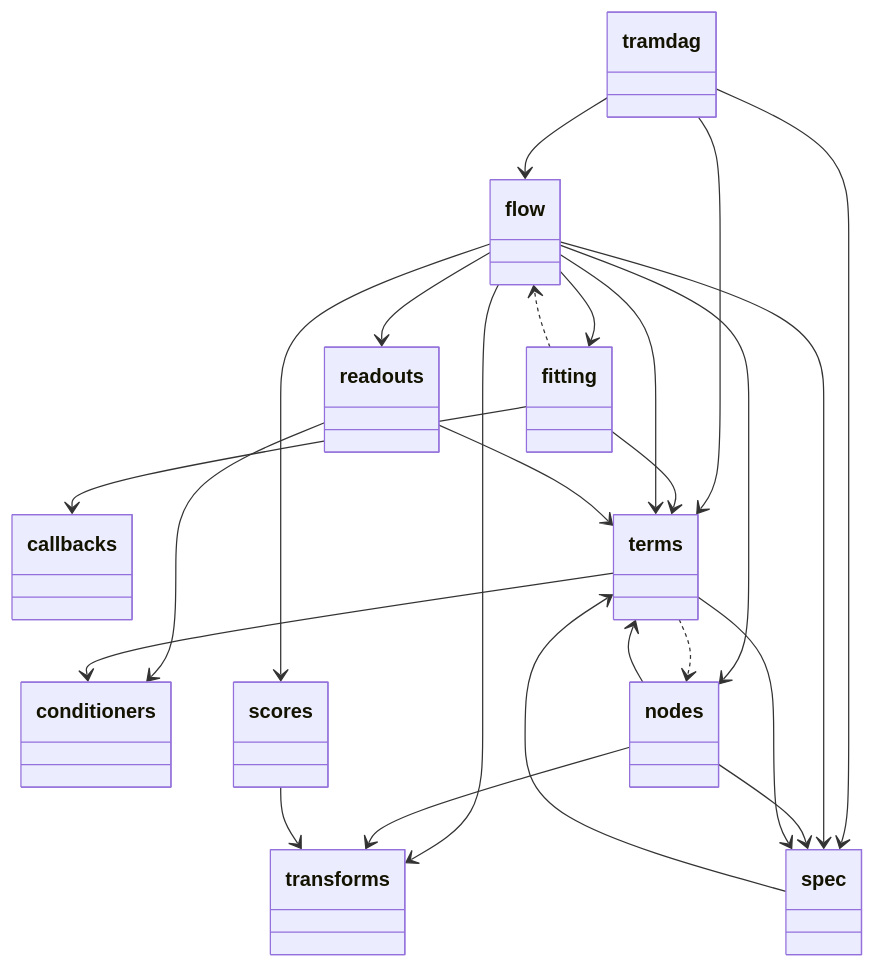
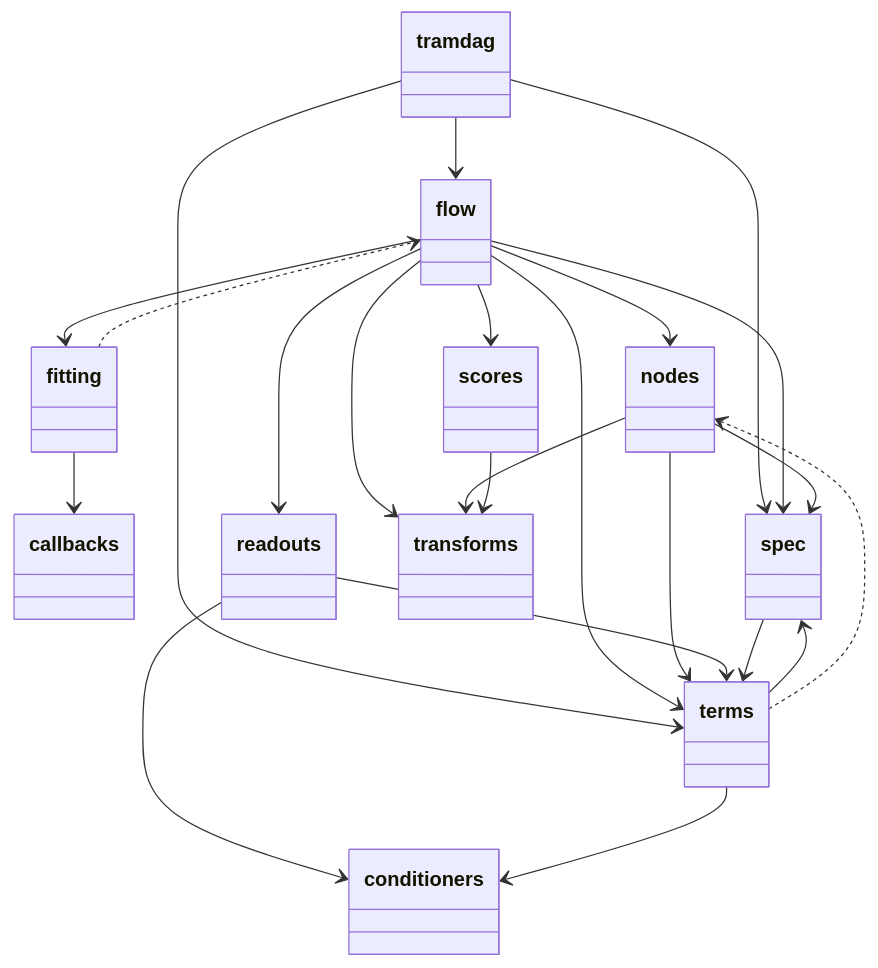
The third of 5 diagrams in docs/architecture.md (tensorchiefs/tramdag), drawn with Mermaid before and after one commit. The commit also changed other lines of this file and 17 other files, not shown here.

````diff
--- a/docs/architecture.md
+++ b/docs/architecture.md
@@ -122,48 +122,47 @@
 ```mermaid
 classDiagram
   class tramdag {
   }
   class callbacks {
   }
   class conditioners {
   }
   class fitting {
   }
   class flow {
   }
   class nodes {
   }
   class readouts {
   }
   class scores {
   }
   class spec {
   }
   class terms {
   }
   class transforms {
   }
   tramdag --> flow
   tramdag --> spec
   tramdag --> terms
   fitting --> callbacks
-  fitting --> terms
   flow --> fitting
   flow --> nodes
   flow --> readouts
   flow --> scores
   flow --> spec
   flow --> terms
   flow --> transforms
   nodes --> spec
   nodes --> terms
   nodes --> transforms
   readouts --> conditioners
   readouts --> terms
   scores --> transforms
   spec --> terms
   terms --> conditioners
   terms --> spec
   fitting ..> flow
   terms ..> nodes
 ```
````
